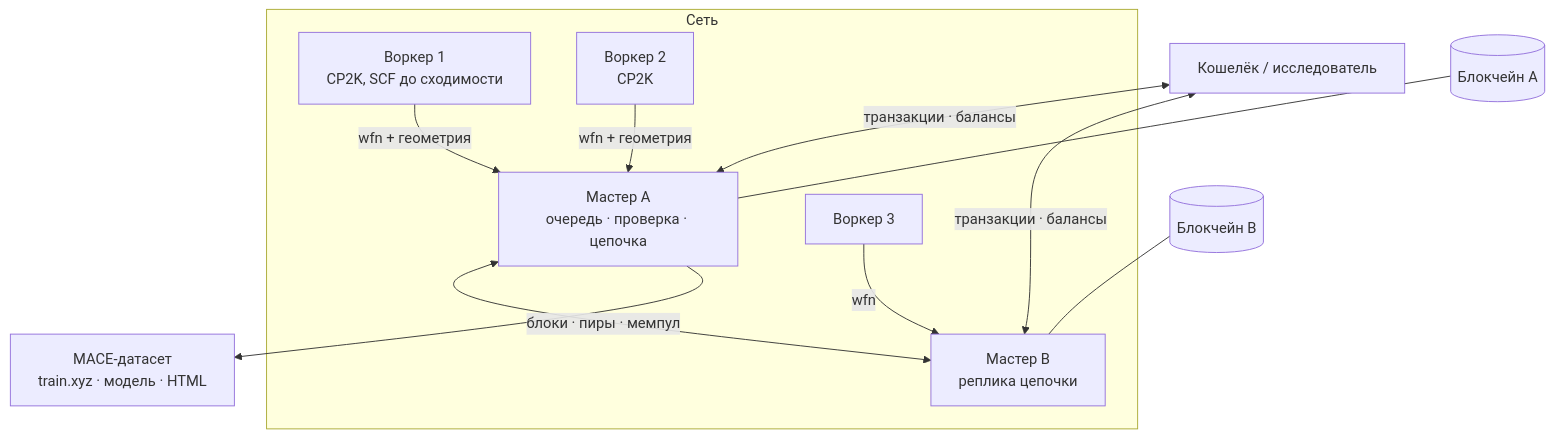
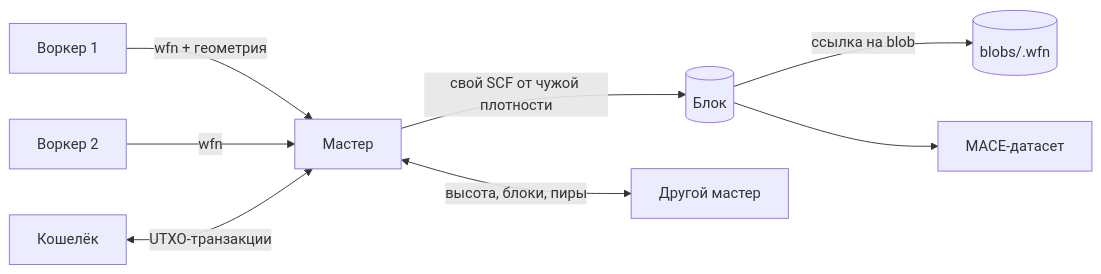
The first of 2 diagrams in docs/WHITEPAPER.md (konstantinkorzov/cp2k-mace-project), drawn with Mermaid before and after one commit. The commit also changed other lines of this file and 1 other file, not shown here.

````diff
--- a/docs/WHITEPAPER.md
+++ b/docs/WHITEPAPER.md
@@ -38,22 +68,10 @@
 ```mermaid
-flowchart TB
-    subgraph NET["Сеть"]
-        M1["Мастер A<br/>очередь · проверка · цепочка"]
-        M2["Мастер B<br/>реплика цепочки"]
-        W1["Воркер 1<br/>CP2K, SCF до сходимости"]
-        W2["Воркер 2<br/>CP2K"]
-        W3["Воркер 3"]
-    end
-    U["Кошелёк / исследователь"]
-    DS["MACE-датасет<br/>train.xyz · модель · HTML"]
-
-    W1 -->|"wfn + геометрия"| M1
-    W2 -->|"wfn + геометрия"| M1
-    W3 -->|"wfn"| M2
-    M1 <-->|"блоки · пиры · мемпул"| M2
-    U <-->|"транзакции · балансы"| M1
-    U <-->|"транзакции · балансы"| M2
-    M1 --> DS
-    B1[("Блокчейн A")] --- M1
-    B2[("Блокчейн B")] --- M2
+flowchart LR
+    W1["Воркер 1"] -->|"wfn + геометрия"| M["Мастер"]
+    W2["Воркер 2"] -->|"wfn"| M
+    M -->|"свой SCF от чужой плотности"| B[("Блок")]
+    B -->|"ссылка на blob"| S[("blobs/<sha>.wfn")]
+    M <-->|"высота, блоки, пиры"| P["Другой мастер"]
+    U["Кошелёк"] <-->|"UTXO-транзакции"| M
+    B --> D["MACE-датасет"]
 ```
````
